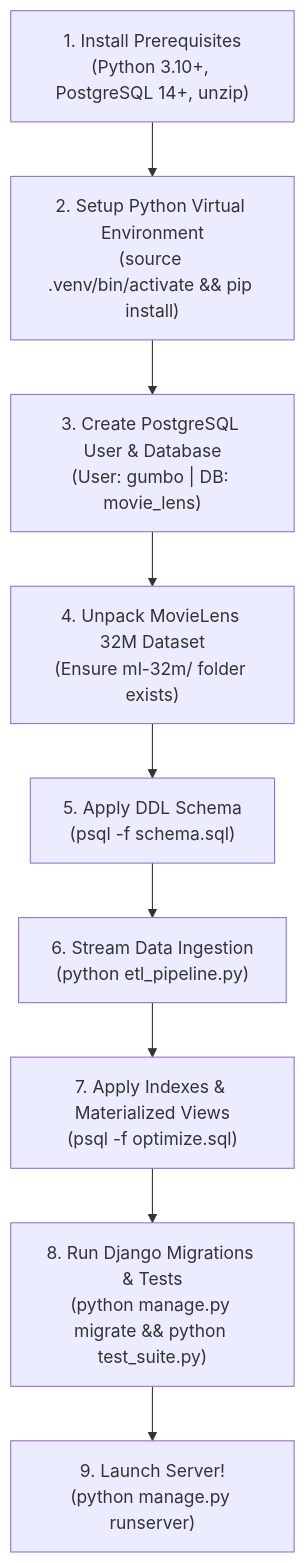
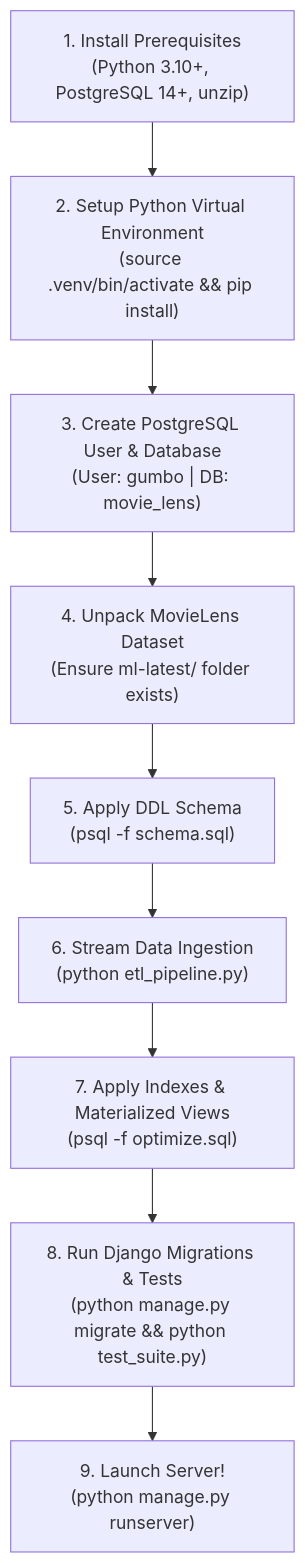
One commit to noedrflsh/Data_Engg_projet changed the diagram in HOW_TO_START.md. Above: the diagram before and after it, drawn with Mermaid. The commit also changed other lines of this file and 13 other files, not shown here.

````diff
--- a/HOW_TO_START.md
+++ b/HOW_TO_START.md
@@ -26,11 +26,11 @@
 ```mermaid
 flowchart TD
     S1["1. Install Prerequisites\n(Python 3.10+, PostgreSQL 14+, unzip)"] --> S2["2. Setup Python Virtual Environment\n(source .venv/bin/activate && pip install)"]
     S2 --> S3["3. Create PostgreSQL User & Database\n(User: gumbo | DB: movie_lens)"]
-    S3 --> S4["4. Unpack MovieLens 32M Dataset\n(Ensure ml-32m/ folder exists)"]
+    S3 --> S4["4. Unpack MovieLens Dataset\n(Ensure ml-latest/ folder exists)"]
     S4 --> S5["5. Apply DDL Schema\n(psql -f schema.sql)"]
     S5 --> S6["6. Stream Data Ingestion\n(python etl_pipeline.py)"]
     S6 --> S7["7. Apply Indexes & Materialized Views\n(psql -f optimize.sql)"]
     S7 --> S8["8. Run Django Migrations & Tests\n(python manage.py migrate && python test_suite.py)"]
     S8 --> S9["9. Launch Server!\n(python manage.py runserver)"]
 ```
````
